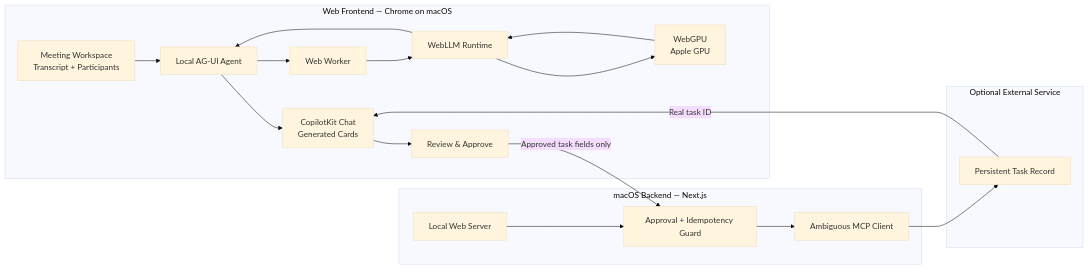
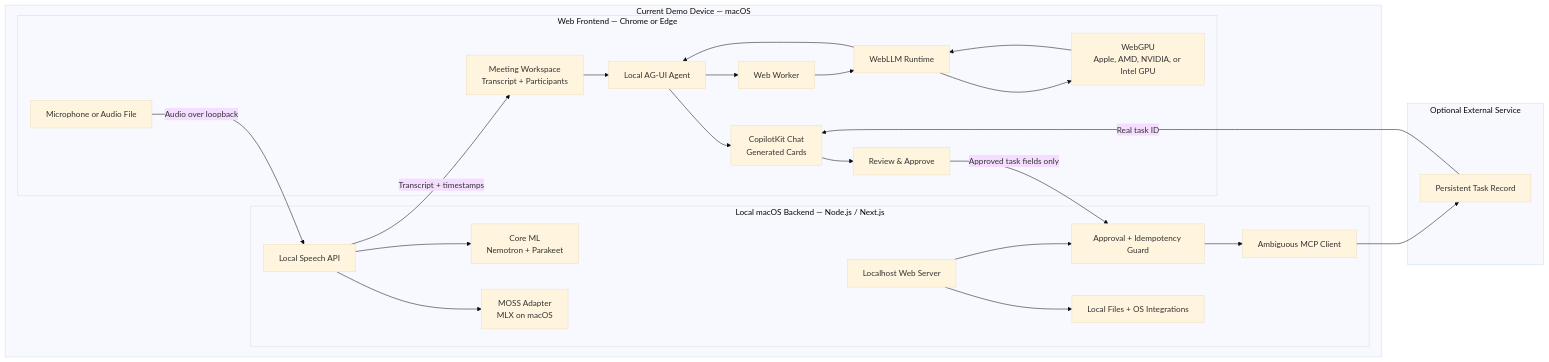
One commit to iamwilliamli/Hablabla changed the diagram in TECH_STACK.md. Above: the diagram before and after it, drawn with Mermaid (base theme). The commit also changed other lines of this file and 1 other file, not shown here.

First line of the commit message:
docs: document Mac architecture and team implementation plan

````diff
--- a/TECH_STACK.md
+++ b/TECH_STACK.md
@@ -26,38 +43,51 @@
 ```mermaid
 flowchart LR
-    subgraph Browser["Web Frontend — Chrome on macOS"]
+    subgraph Device["Current Demo Device — macOS"]
+      subgraph Browser["Web Frontend — Chrome or Edge"]
         Meeting["Meeting Workspace<br/>Transcript + Participants"]
+        Audio["Microphone or Audio File"]
         Agent["Local AG-UI Agent"]
         Worker["Web Worker"]
         WebLLM["WebLLM Runtime"]
-        GPU["WebGPU<br/>Apple GPU"]
+        GPU["WebGPU<br/>Apple, AMD, NVIDIA, or Intel GPU"]
         UI["CopilotKit Chat<br/>Generated Cards"]
         Approval["Review & Approve"]
 
         Meeting --> Agent
         Agent --> Worker
         Worker --> WebLLM
         WebLLM --> GPU
         GPU --> WebLLM
         WebLLM --> Agent
         Agent --> UI
         UI --> Approval
-    end
+      end
 
-    subgraph Backend["macOS Backend — Next.js"]
-        Server["Local Web Server"]
-        Guard["Approval + Idempotency Guard"]
-        MCP["Ambiguous MCP Client"]
+      subgraph Backend["Local macOS Backend — Node.js / Next.js"]
+            Server["Localhost Web Server"]
+            Speech["Local Speech API"]
+            CoreML["Core ML<br/>Nemotron + Parakeet"]
+            MOSS["MOSS Adapter<br/>MLX on macOS"]
+            Guard["Approval + Idempotency Guard"]
+            OS["Local Files + OS Integrations"]
+            MCP["Ambiguous MCP Client"]
 
-        Server --> Guard
-        Guard --> MCP
+            Server --> Guard
+            Server --> OS
+            Speech --> CoreML
+            Speech --> MOSS
+            Guard --> MCP
+      end
+
+      Audio -->|"Audio over loopback"| Speech
+      Speech -->|"Transcript + timestamps"| Meeting
     end
 
     subgraph External["Optional External Service"]
         Ambiguous["Persistent Task Record"]
     end
 
     Approval -->|"Approved task fields only"| Guard
     MCP --> Ambiguous
     Ambiguous -->|"Real task ID"| UI
 ```
````
